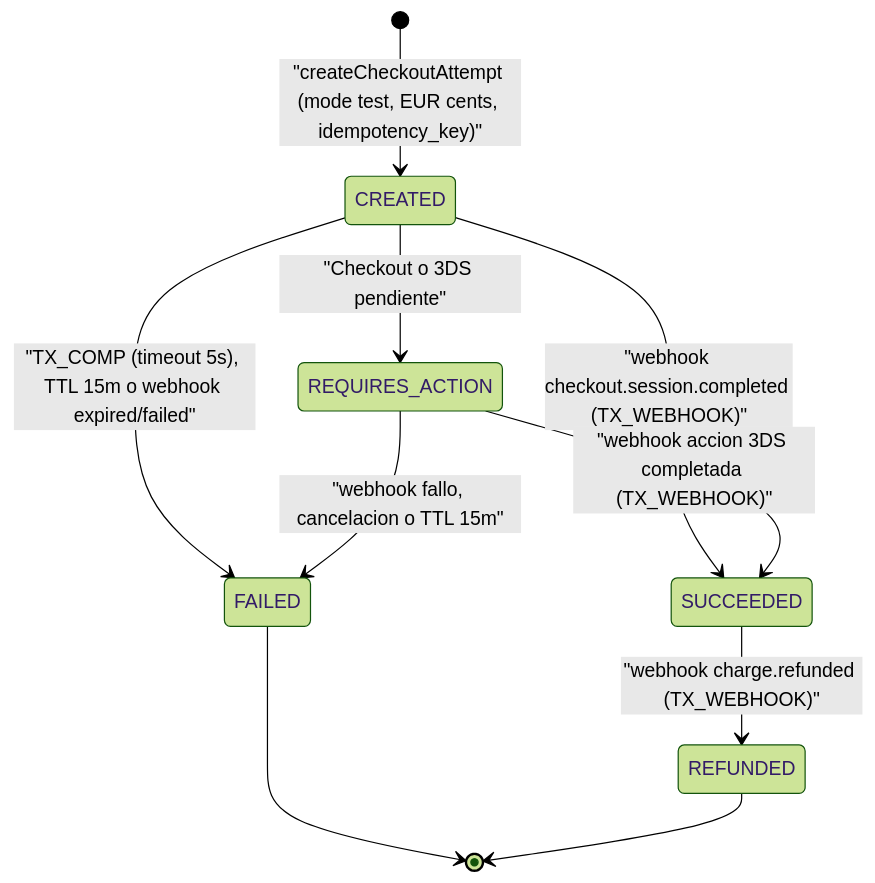
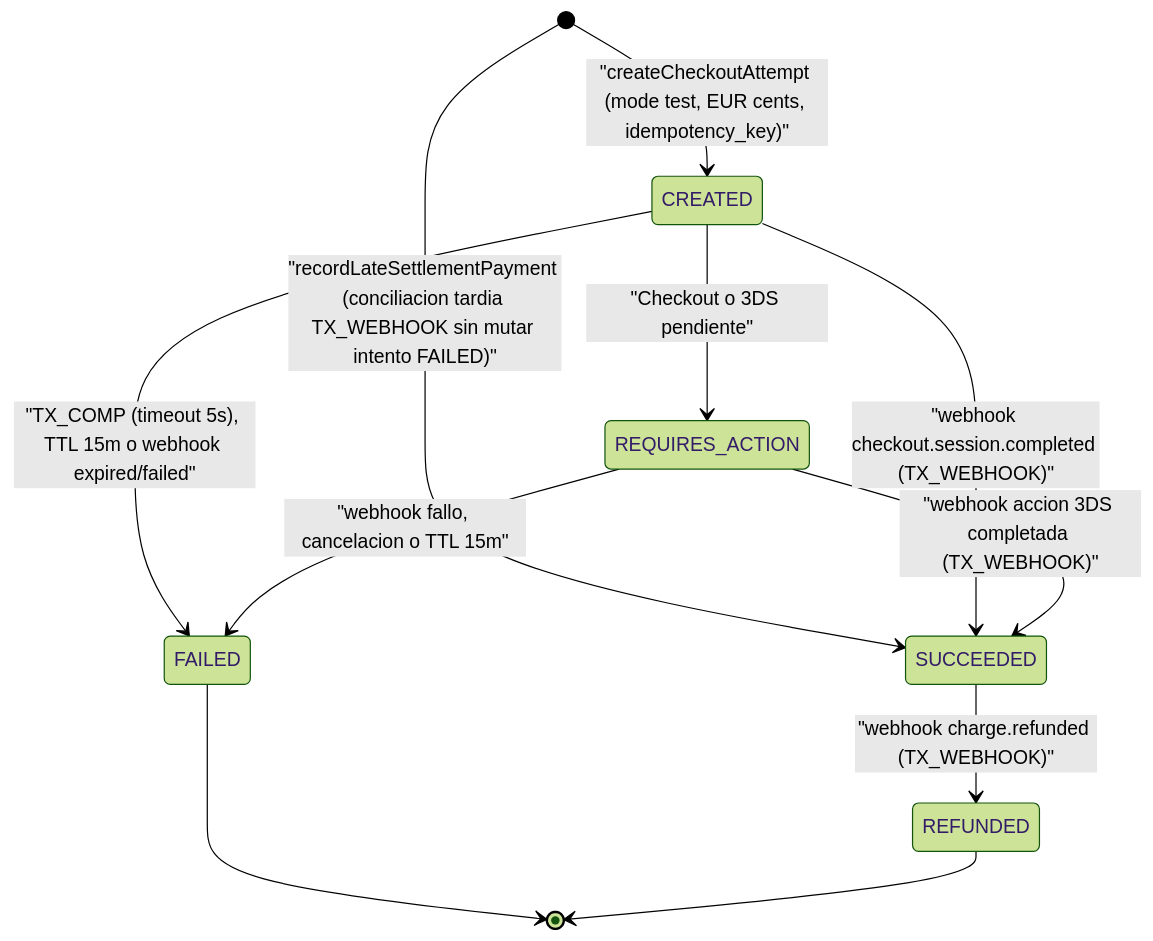
Before and after one commit to davidcanolopez/oak_platform: the fifth of 6 diagrams in docs/architecture/DOMAIN_MODEL_AND_INVARIANTS.md, drawn with Mermaid (forest theme). The commit also changed other lines of this file and 4 other files, not shown here.

````diff
--- a/docs/architecture/DOMAIN_MODEL_AND_INVARIANTS.md
+++ b/docs/architecture/DOMAIN_MODEL_AND_INVARIANTS.md
@@ -466,12 +469,13 @@
 ```mermaid
 stateDiagram-v2
     [*] --> CREATED : "createCheckoutAttempt (mode test, EUR cents, idempotency_key)"
+    [*] --> SUCCEEDED : "recordLateSettlementPayment (conciliacion tardia TX_WEBHOOK sin mutar intento FAILED)"
     CREATED --> REQUIRES_ACTION : "Checkout o 3DS pendiente"
     CREATED --> SUCCEEDED : "webhook checkout.session.completed (TX_WEBHOOK)"
     CREATED --> FAILED : "TX_COMP (timeout 5s), TTL 15m o webhook expired/failed"
     REQUIRES_ACTION --> SUCCEEDED : "webhook accion 3DS completada (TX_WEBHOOK)"
     REQUIRES_ACTION --> FAILED : "webhook fallo, cancelacion o TTL 15m"
     SUCCEEDED --> REFUNDED : "webhook charge.refunded (TX_WEBHOOK)"
     FAILED --> [*]
     REFUNDED --> [*]
 ```
````
